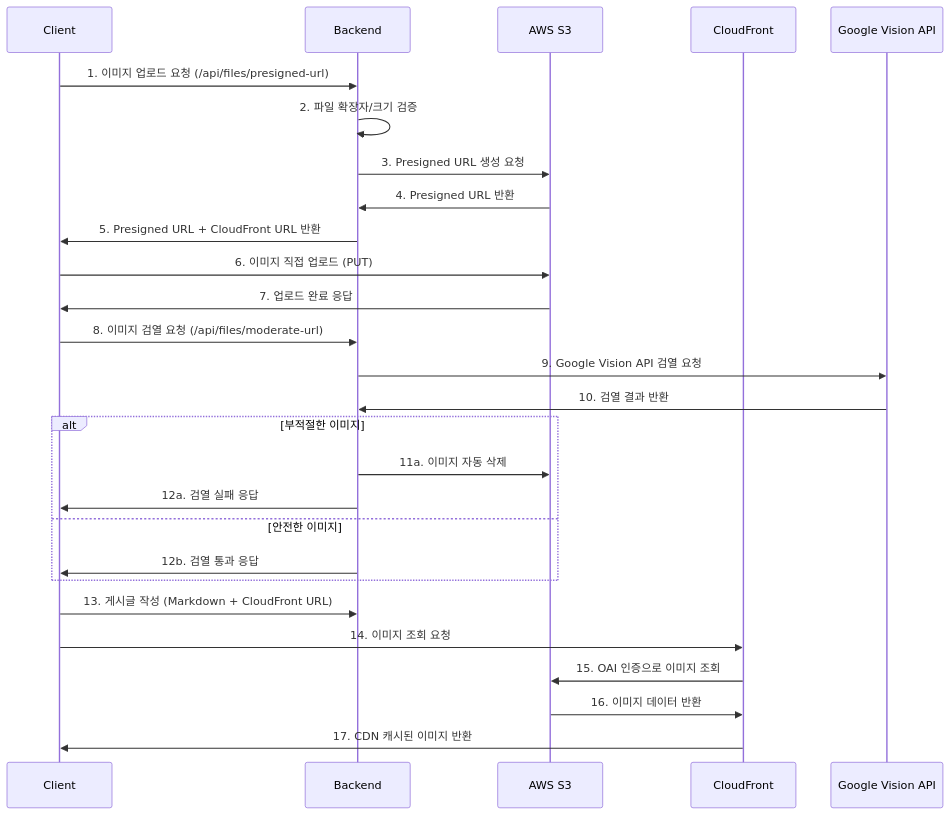
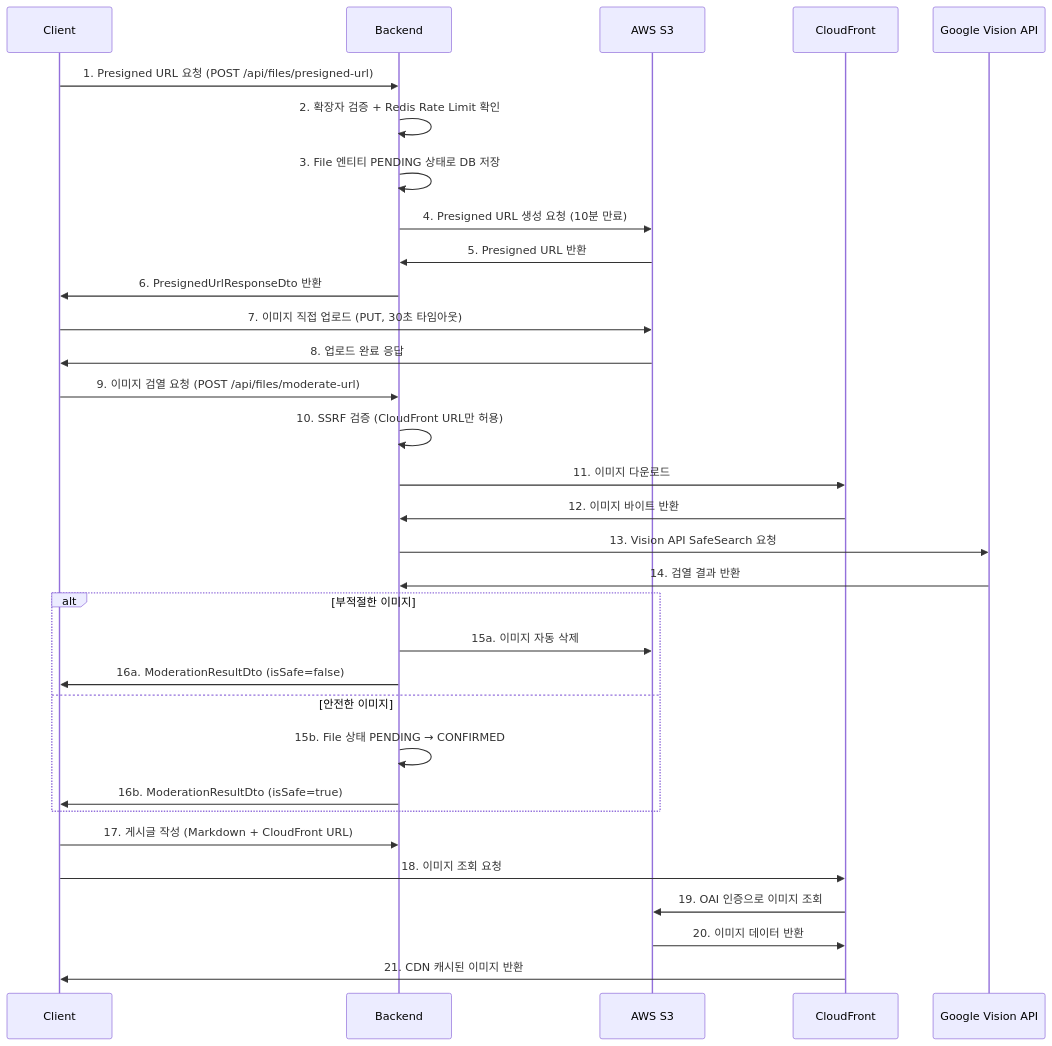
The diagram in docs/11_image-upload-pipeline.md (Iusto/byeolnight), drawn with Mermaid before and after one commit. The commit also changed other lines of this file and 29 other files, not shown here.

````diff
--- a/docs/11_image-upload-pipeline.md
+++ b/docs/11_image-upload-pipeline.md
@@ -18,34 +18,39 @@
 ```mermaid
 sequenceDiagram
     participant C as Client
     participant B as Backend
     participant S3 as AWS S3
     participant CF as CloudFront
     participant GV as Google Vision API
 
-    C->>B: 1. 이미지 업로드 요청 (/api/files/presigned-url)
-    B->>B: 2. 파일 확장자/크기 검증
-    B->>S3: 3. Presigned URL 생성 요청
-    S3->>B: 4. Presigned URL 반환
-    B->>C: 5. Presigned URL + CloudFront URL 반환
-    
-    C->>S3: 6. 이미지 직접 업로드 (PUT)
-    S3->>C: 7. 업로드 완료 응답
-    
-    C->>B: 8. 이미지 검열 요청 (/api/files/moderate-url)
-    B->>GV: 9. Google Vision API 검열 요청
-    GV->>B: 10. 검열 결과 반환
-    
+    C->>B: 1. Presigned URL 요청 (POST /api/files/presigned-url)
+    B->>B: 2. 확장자 검증 + Redis Rate Limit 확인
+    B->>B: 3. File 엔티티 PENDING 상태로 DB 저장
+    B->>S3: 4. Presigned URL 생성 요청 (10분 만료)
+    S3->>B: 5. Presigned URL 반환
+    B->>C: 6. PresignedUrlResponseDto 반환
+
+    C->>S3: 7. 이미지 직접 업로드 (PUT, 30초 타임아웃)
+    S3->>C: 8. 업로드 완료 응답
+
+    C->>B: 9. 이미지 검열 요청 (POST /api/files/moderate-url)
+    B->>B: 10. SSRF 검증 (CloudFront URL만 허용)
+    B->>CF: 11. 이미지 다운로드
+    CF->>B: 12. 이미지 바이트 반환
+    B->>GV: 13. Vision API SafeSearch 요청
+    GV->>B: 14. 검열 결과 반환
+
     alt 부적절한 이미지
-        B->>S3: 11a. 이미지 자동 삭제
-        B->>C: 12a. 검열 실패 응답
+        B->>S3: 15a. 이미지 자동 삭제
+        B->>C: 16a. ModerationResultDto (isSafe=false)
     else 안전한 이미지
-        B->>C: 12b. 검열 통과 응답
+        B->>B: 15b. File 상태 PENDING → CONFIRMED
+        B->>C: 16b. ModerationResultDto (isSafe=true)
     end
-    
-    C->>B: 13. 게시글 작성 (Markdown + CloudFront URL)
-    C->>CF: 14. 이미지 조회 요청
-    CF->>S3: 15. OAI 인증으로 이미지 조회
-    S3->>CF: 16. 이미지 데이터 반환
-    CF->>C: 17. CDN 캐시된 이미지 반환
+
+    C->>B: 17. 게시글 작성 (Markdown + CloudFront URL)
+    C->>CF: 18. 이미지 조회 요청
+    CF->>S3: 19. OAI 인증으로 이미지 조회
+    S3->>CF: 20. 이미지 데이터 반환
+    CF->>C: 21. CDN 캐시된 이미지 반환
 ```
````
